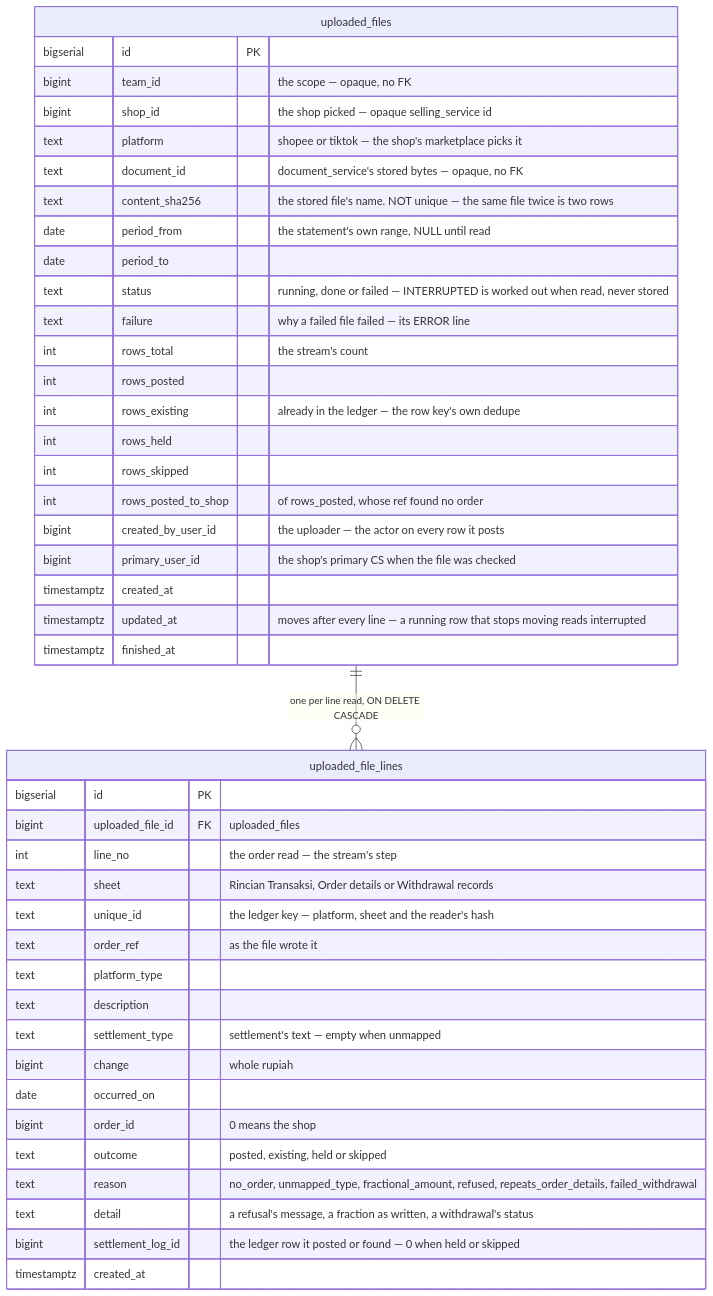
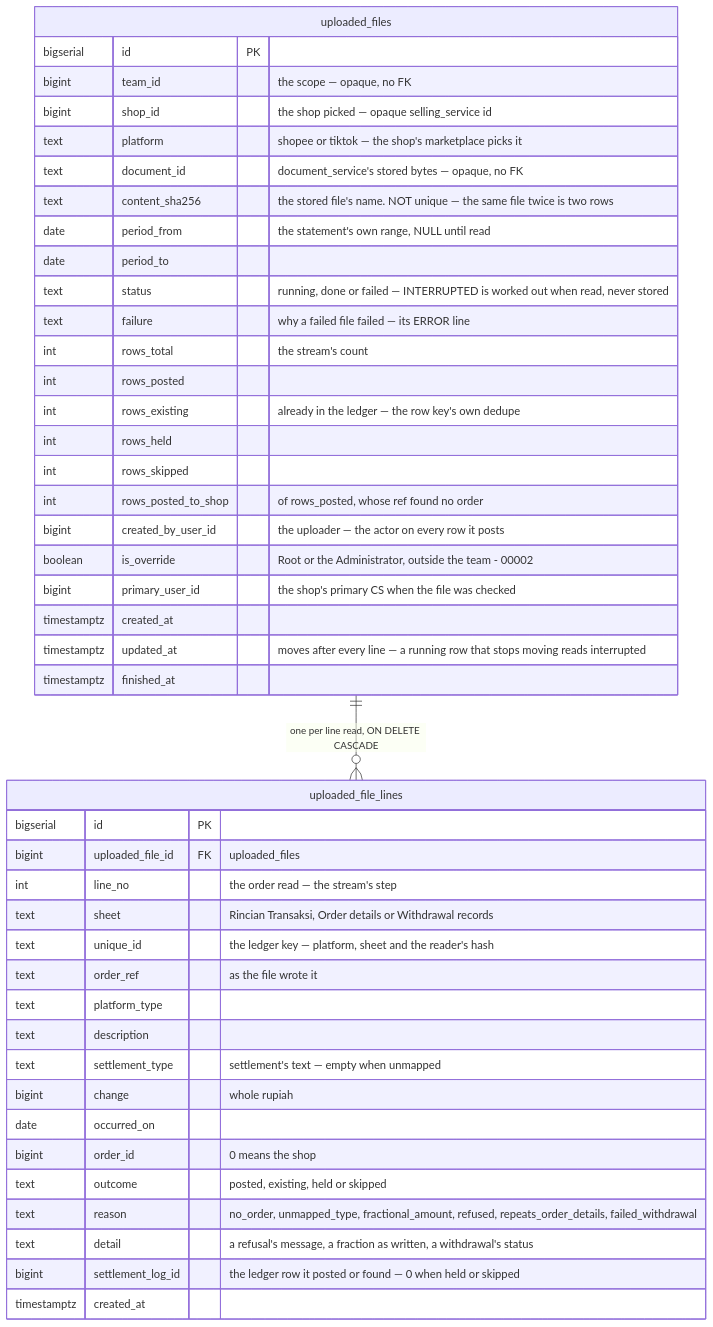
Before and after one commit to pdcgo/warehouse_revamp: diagram 17 of 20 in docs/database-schema.md, drawn with Mermaid. The commit also changed other lines of this file and 703 other files, not shown here.

````diff
--- a/docs/database-schema.md
+++ b/docs/database-schema.md
@@ -1800,46 +1963,47 @@
 ```mermaid
 erDiagram
   uploaded_files ||--o{ uploaded_file_lines : "one per line read, ON DELETE CASCADE"
   uploaded_files {
     bigserial id PK
     bigint team_id "the scope — opaque, no FK"
     bigint shop_id "the shop picked — opaque selling_service id"
     text platform "shopee or tiktok — the shop's marketplace picks it"
     text document_id "document_service's stored bytes — opaque, no FK"
     text content_sha256 "the stored file's name. NOT unique — the same file twice is two rows"
     date period_from "the statement's own range, NULL until read"
     date period_to
     text status "running, done or failed — INTERRUPTED is worked out when read, never stored"
     text failure "why a failed file failed — its ERROR line"
     int rows_total "the stream's count"
     int rows_posted
     int rows_existing "already in the ledger — the row key's own dedupe"
     int rows_held
     int rows_skipped
     int rows_posted_to_shop "of rows_posted, whose ref found no order"
     bigint created_by_user_id "the uploader — the actor on every row it posts"
+    boolean is_override "Root or the Administrator, outside the team - 00002"
     bigint primary_user_id "the shop's primary CS when the file was checked"
     timestamptz created_at
     timestamptz updated_at "moves after every line — a running row that stops moving reads interrupted"
     timestamptz finished_at
   }
   uploaded_file_lines {
     bigserial id PK
     bigint uploaded_file_id FK "uploaded_files"
     int line_no "the order read — the stream's step"
     text sheet "Rincian Transaksi, Order details or Withdrawal records"
     text unique_id "the ledger key — platform, sheet and the reader's hash"
     text order_ref "as the file wrote it"
     text platform_type
     text description
     text settlement_type "settlement's text — empty when unmapped"
     bigint change "whole rupiah"
     date occurred_on
     bigint order_id "0 means the shop"
     text outcome "posted, existing, held or skipped"
     text reason "no_order, unmapped_type, fractional_amount, refused, repeats_order_details, failed_withdrawal"
     text detail "a refusal's message, a fraction as written, a withdrawal's status"
     bigint settlement_log_id "the ledger row it posted or found — 0 when held or skipped"
     timestamptz created_at
   }
 ```
````
